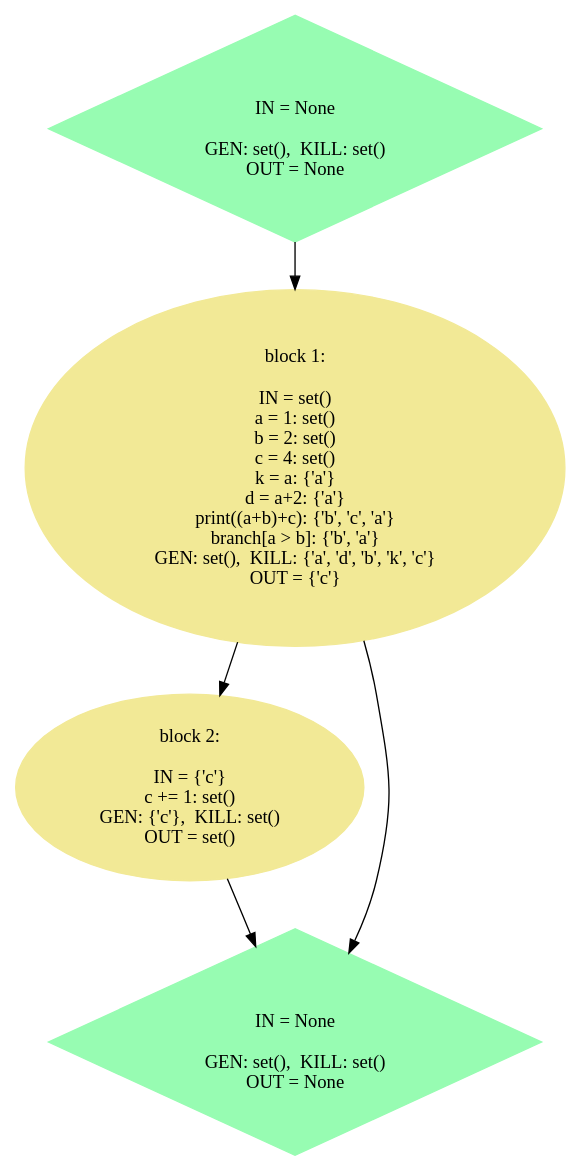
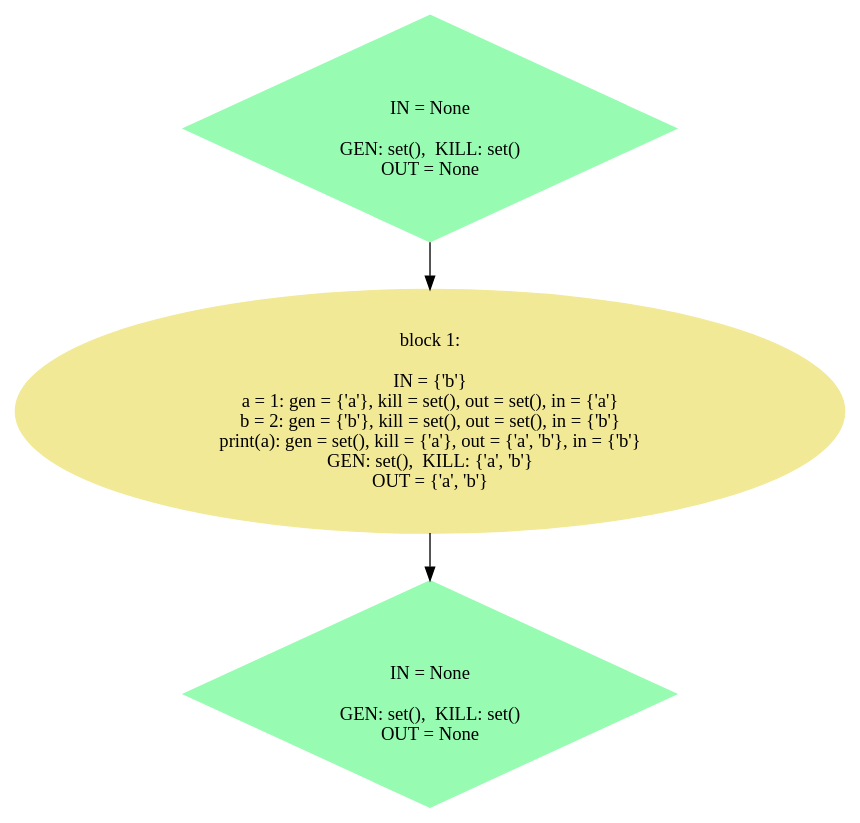
The diagram in faintvariable/temp/simple_test.gv (joelsunny/program-analysis), drawn with Graphviz before and after one commit. The commit also changed 10 other files, not shown here.

```diff
--- a/faintvariable/temp/simple_test.gv
+++ b/faintvariable/temp/simple_test.gv
@@ -1,41 +1,28 @@
 // CFG
 digraph {
 	node [color="#97fcb2" shape=diamond style=filled]
 	0 [label="
 IN = None
 
 GEN: set(),  KILL: set() 
 OUT = None"]
 	node [color="#f2e996" shape=ellipse style=filled]
 	1 [label="block 1:
 
-IN = set()
-a = 1: set()
-b = 2: set()
-c = 4: set()
-k = a: {'a'}
-d = a+2: {'a'}
-print((a+b)+c): {'b', 'c', 'a'}
-branch[a > b]: {'b', 'a'}
-GEN: set(),  KILL: {'a', 'd', 'b', 'k', 'c'} 
-OUT = {'c'}"]
-	node [color="#f2e996" shape=ellipse style=filled]
-	2 [label="block 2:
-
-IN = {'c'}
-c += 1: set()
-GEN: {'c'},  KILL: set() 
-OUT = set()"]
+IN = {'b'}
+a = 1: gen = {'a'}, kill = set(), out = set(), in = {'a'} 
+b = 2: gen = {'b'}, kill = set(), out = set(), in = {'b'} 
+print(a): gen = set(), kill = {'a'}, out = {'a', 'b'}, in = {'b'} 
+GEN: set(),  KILL: {'a', 'b'} 
+OUT = {'a', 'b'}"]
 	node [color="#f2e996" shape=ellipse style=filled]
 	node [color="#97fcb2" shape=diamond style=filled]
-	3 [label="
+	2 [label="
 IN = None
 
 GEN: set(),  KILL: set() 
 OUT = None"]
 	node [color="#f2e996" shape=ellipse style=filled]
 	0 -> 1
 	1 -> 2
-	1 -> 3
-	2 -> 3
 }
```
